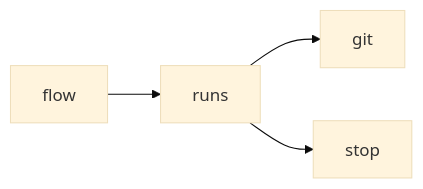
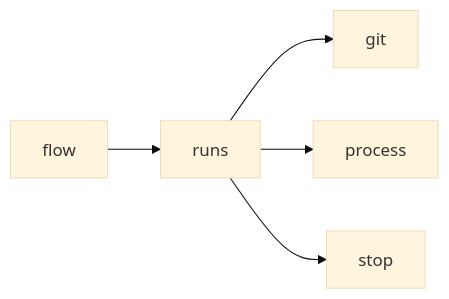
Before and after one commit to plaplanche/ariane: the third of 3 diagrams in docs/architecture/modules/runs.md, drawn with Mermaid (base theme). The commit also changed other lines of this file and 11 other files, not shown here.

````diff
--- a/docs/architecture/modules/runs.md
+++ b/docs/architecture/modules/runs.md
@@ -73,6 +76,7 @@
 ```mermaid
 flowchart LR
   flow --> runs
   runs --> git
+  runs --> process
   runs --> stop
 ```
````
